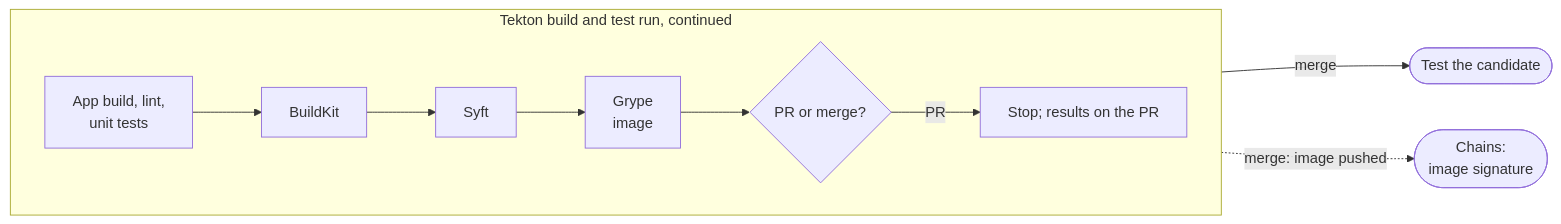
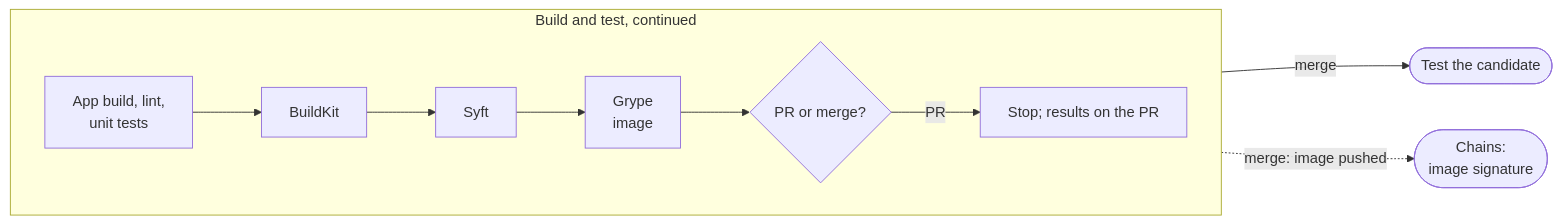
One commit to andymotta/Platform-Engineering changed the fourth of 7 diagrams in content/en/docs/reference-architectures/open-source-ssdf-cicd.md. Above: the diagram before and after it, drawn with Mermaid. The commit also changed other lines of this file, not shown here.

````diff
--- a/content/en/docs/reference-architectures/open-source-ssdf-cicd.md
+++ b/content/en/docs/reference-architectures/open-source-ssdf-cicd.md
@@ -145,10 +167,10 @@
 ```mermaid
 flowchart LR
-    subgraph BT["Tekton build and test run, continued"]
+    subgraph BT["Build and test, continued"]
         direction LR
         A["App build, lint,<br/>unit tests"] --> B["BuildKit"] --> S["Syft"] --> G["Grype<br/>image"] --> Q{"PR or merge?"}
         Q -->|PR| X["Stop; results on the PR"]
     end
     Q -->|merge| N(["Test the candidate"])
     B -.->|merge: image pushed| C(["Chains:<br/>image signature"])
 ```
````
